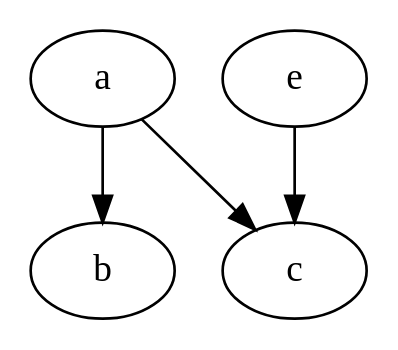
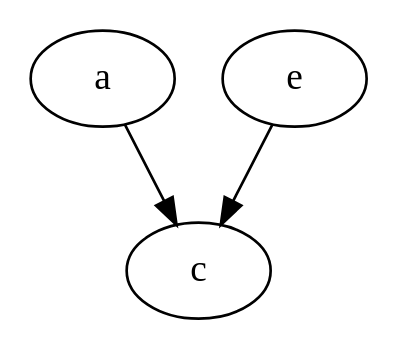
Before and after one commit to MKTPR/DFS-TaskScheduler: the diagram in 306P1/digraph.dot, drawn with Graphviz. The commit also changed 7 other files, not shown here.

```diff
--- a/306P1/digraph.dot
+++ b/306P1/digraph.dot
@@ -1,9 +1,9 @@
 digraph  example {
 a[ Weight =1];
-b[ Weight =2];
+
 e[ Weight =2];
 e -> c [ Weight =5];
-a -> b  [Weight =6];
+
 c[ Weight =10];
 a -> c[ Weight =5];
 }
```
